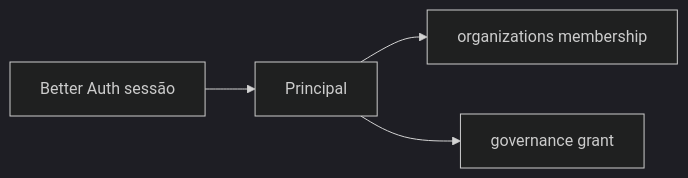
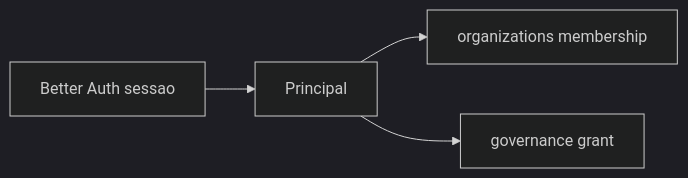
Before and after one commit to jcafeitosa/anxionOS: the diagram in docs/orchestration/modules/identity/R01-context.md, drawn with Mermaid (dark theme). The commit also changed other lines of this file and 4 other files, not shown here.

````diff
--- a/docs/orchestration/modules/identity/R01-context.md
+++ b/docs/orchestration/modules/identity/R01-context.md
@@ -35,6 +86,6 @@
 ```mermaid
 flowchart LR
-  ba[Better Auth sessão] --> pr[Principal]
+  ba[Better Auth sessao] --> pr[Principal]
   pr --> org[organizations membership]
   pr --> gov[governance grant]
 ```
````
